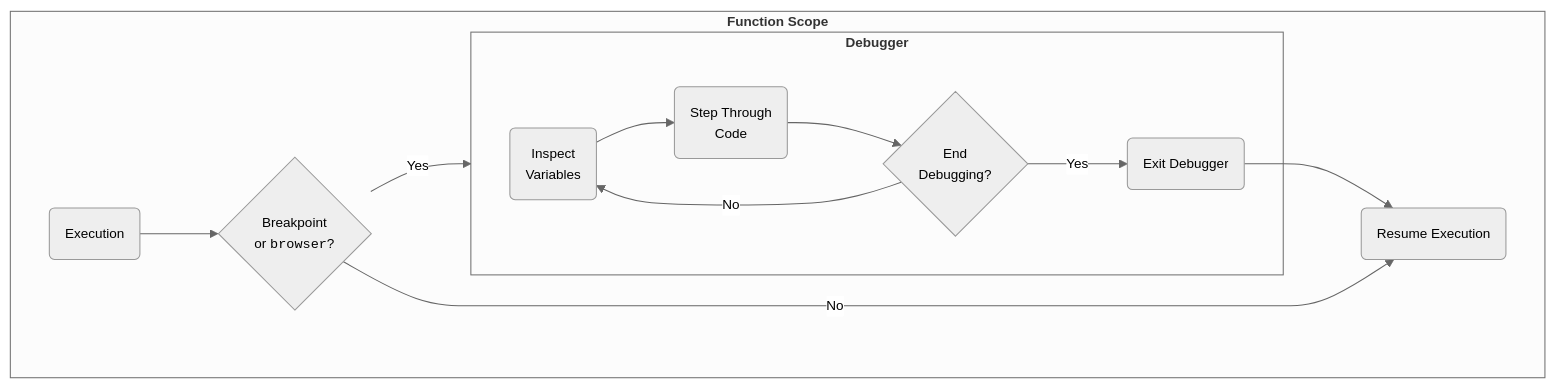
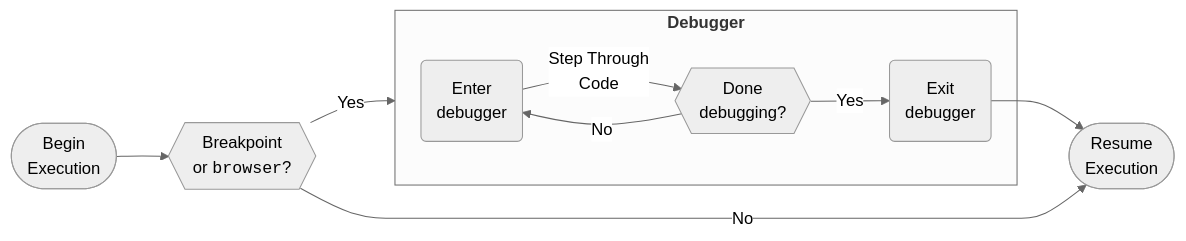
One commit to mjfrigaard/shiny-app-pkgs changed the first of 3 diagrams in debugger.qmd. Above: the diagram before and after it, drawn with Mermaid. The commit also changed other lines of this file and 33 other files, not shown here.

````diff
--- a/debugger.qmd
+++ b/debugger.qmd
@@ -73,37 +96,32 @@
 ```{mermaid}
 %%| fig-cap: 'Interactive debugger with `browser()` or breakpoint'
 %%| fig-align: center
-%%{init: {'theme': 'neutral', 'themeVariables': { 'fontFamily': 'monospace', "fontSize":"13px"}}}%%
-flowchart TD
-    subgraph FunctionScope [<strong>Function Scope</strong>]
-        Start("Execution")
-        Browser{"Breakpoint<br>or <code>browser</code>?"}
-    
+%%{init: {'theme': 'neutral', 'themeVariables': { 'fontFamily': 'monospace', "fontSize":"16px"}}}%%
+flowchart LR
+        Start(["Begin<br>Execution"])
+        Browser{{"Breakpoint<br>or <code>browser</code>?"}}
         subgraph Debugger ["<strong>Debugger</strong>"]
-    
-            Step1("Inspect<br>Variables")
-            Step1 --> Step2("Step Through<br>Code")
-            Step2 --> Debug{"End<br>Debugging?"}
+            Step("Enter<br>debugger")
+            Step --> |"Step Through<br>Code"|Debug{{"Done<br>debugging?"}}
 
-            Debug -->|"No"| Step1
-            Debug -->|"Yes"| Exit(Exit Debugger)
+            Debug -->|"No"| Step
+            Debug -->|"Yes"| Exit("Exit<br>debugger")
     
         end
-        Resume("Resume Execution")
+        Resume(["Resume<br>Execution"])
     
-    end
     Start --> Browser
-    Browser -->|Yes| Debugger
+    Browser -->|"Yes"| Debugger
     Exit --> Resume
-    Browser -->|No| Resume
+    Browser -->|"No"| Resume
     
     %% style FunctionScope fill:#FFF,color:#000,stroke:#333,font-size:14px
     %% style Start fill:#FFF,stroke:#333,stroke-width:1px,color:#000,font-size:14px
     %% style Browser fill:#ffcccb,stroke:#e60000,stroke-width:3px,color:#000,font-size:14px
     %% style Debugger fill:#F8F8FA,stroke:#4CB7DB,stroke-width:3px,rx:10,ry:10,font-size:14px
     %% style Step1 fill:#4CB7DB,color:#000,stroke:none,rx:15,ry:15,font-size:14px
     %% style Step2 fill:#4CB7DB,color:#000,stroke:none,rx:15,ry:15,font-size:14px
     %% style Debug fill:#ffcccb,stroke:#e60000,stroke-width:3px,color:#000,font-size:14px
     %% style Exit fill:#4CB7DB,color:#000,stroke:none,rx:15,ry:15,font-size:14px
     %% style Resume fill:#FFF,stroke:#333,stroke-width:1px,color:#000,font-size:14px
 ```
````
